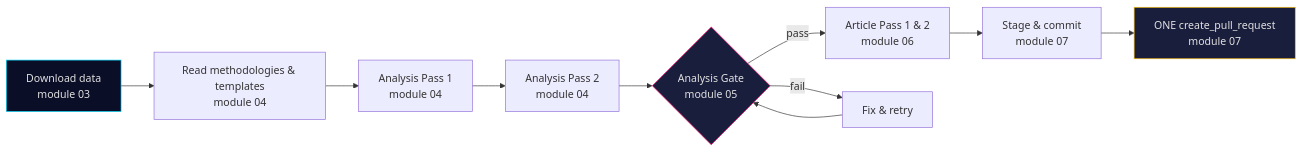
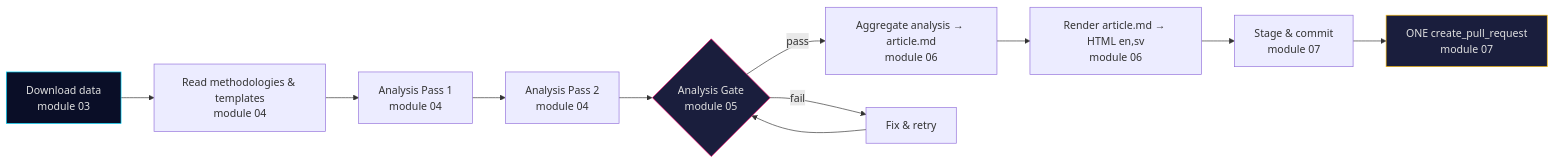
Before and after one commit to Hack23/riksdagsmonitor: the diagram in .github/prompts/README.md, drawn with Mermaid. The commit also changed other lines of this file and 175 other files, not shown here.

First line of the commit message:
Purge legacy article generation, rewrite workflows for single-run aggregate+render

````diff
--- a/.github/prompts/README.md
+++ b/.github/prompts/README.md
@@ -69,15 +68,16 @@
 ```mermaid
 flowchart LR
   A[Download data<br/>module 03] --> B[Read methodologies &amp; templates<br/>module 04]
   B --> C[Analysis Pass 1<br/>module 04]
   C --> D[Analysis Pass 2<br/>module 04]
   D --> E{Analysis Gate<br/>module 05}
-  E -- pass --> F[Article Pass 1 &amp; 2<br/>module 06]
+  E -- pass --> F[Aggregate analysis → article.md<br/>module 06]
   E -- fail --> G[Fix &amp; retry]
   G --> E
-  F --> H[Stage &amp; commit<br/>module 07]
-  H --> I[ONE create_pull_request<br/>module 07]
+  F --> H[Render article.md → HTML en,sv<br/>module 06]
+  H --> I[Stage &amp; commit<br/>module 07]
+  I --> J[ONE create_pull_request<br/>module 07]
   style A fill:#0a0e27,stroke:#00d9ff,color:#e0e0e0
   style E fill:#1a1e3d,stroke:#ff006e,color:#e0e0e0
-  style I fill:#1a1e3d,stroke:#ffbe0b,color:#e0e0e0
+  style J fill:#1a1e3d,stroke:#ffbe0b,color:#e0e0e0
 ```
````
